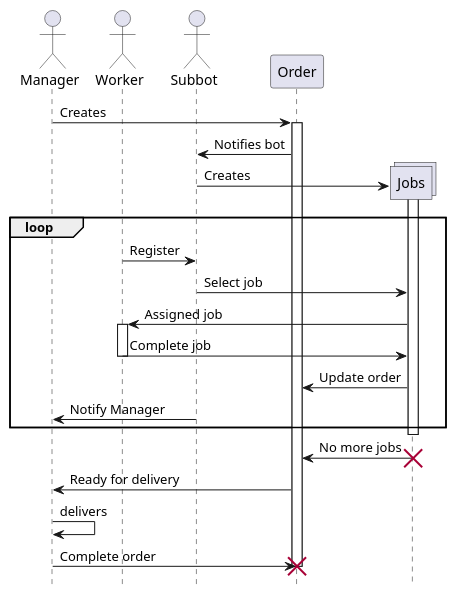
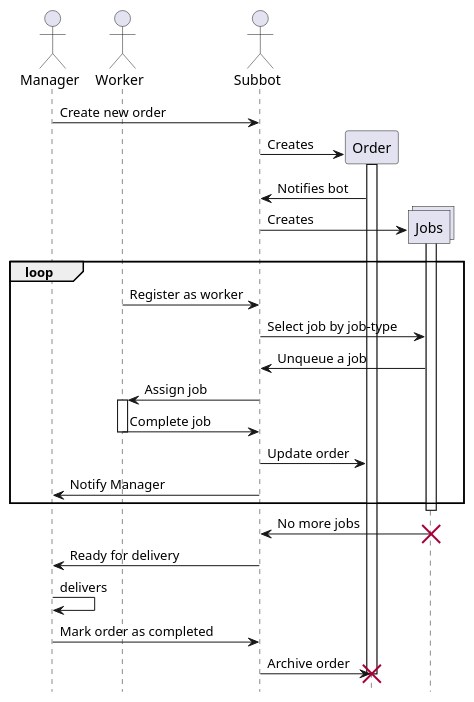
Before and after one commit to Exaltia/subbot: the second of 2 diagrams in doc/readme.org, drawn with PlantUML. The commit also changed 1 other file, not shown here.

Commit message:
Better sequence diagram

```diff
--- a/doc/readme.org
+++ b/doc/readme.org
@@ -54,34 +54,39 @@
 #+begin_src plantuml :file img/lifecycle_order.png
   @startuml
   hide footbox
   actor Manager as m
   actor Worker as w
   actor Subbot as s
   participant Order as o
   collections Jobs as j
-  m -> o : Creates
+
+  m -> s : Create new order
+  create o
+  s -> o : Creates
   activate o
   s <- o : Notifies bot
   create j
   s -> j : Creates
   activate j
   loop
-    w -> s : Register
-    s -> j : Select job
-    w <- j : Assigned job
+    w -> s : Register as worker
+    s -> j : Select job by job-type
+    j -> s : Unqueue a job
+    w <- s : Assign job
     activate w
-    w -> j : Complete job
+    w -> s : Complete job
     deactivate w
-    j -> o : Update order
+    s -> o : Update order
     m <- s : Notify Manager
   end
   deactivate j
-  j -> o : No more jobs
+  j -> s : No more jobs
   destroy j
-  o -> m : Ready for delivery
+  s -> m : Ready for delivery
   m -> m : delivers
-  m -> o : Complete order
+  m -> s : Mark order as completed
+  s -> o : Archive order
   destroy o
 
   @enduml
 #+end_src
```
